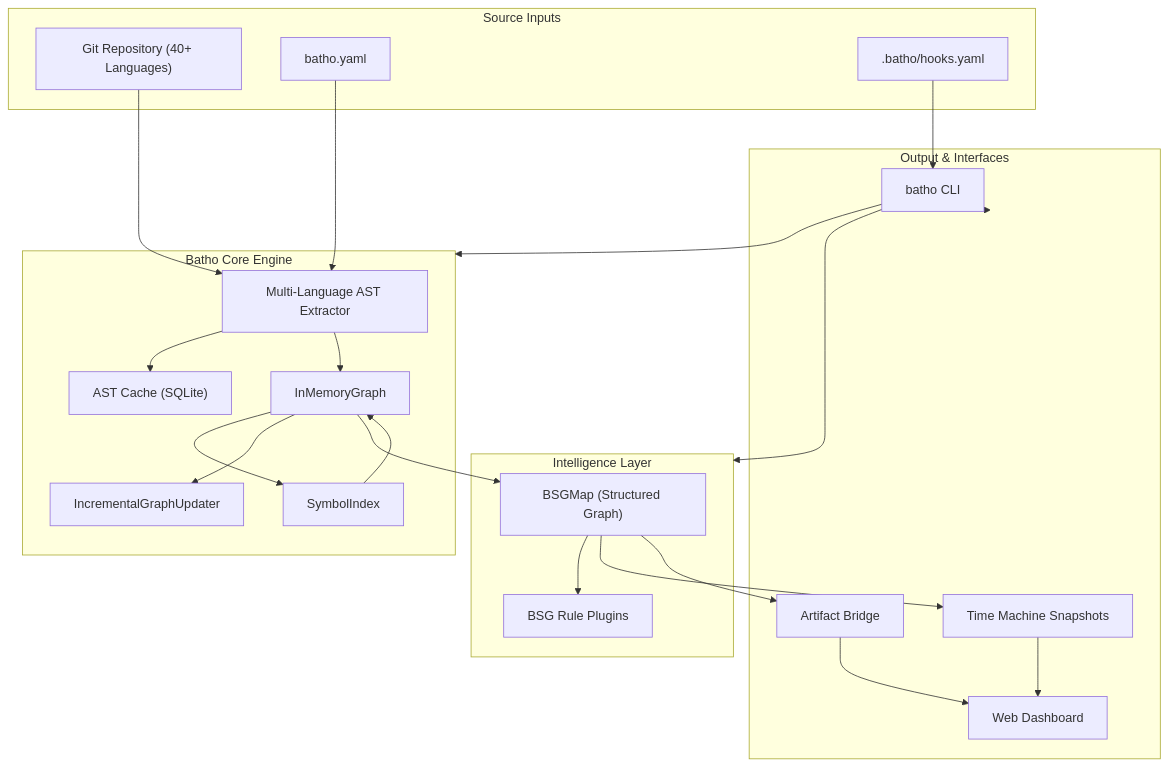
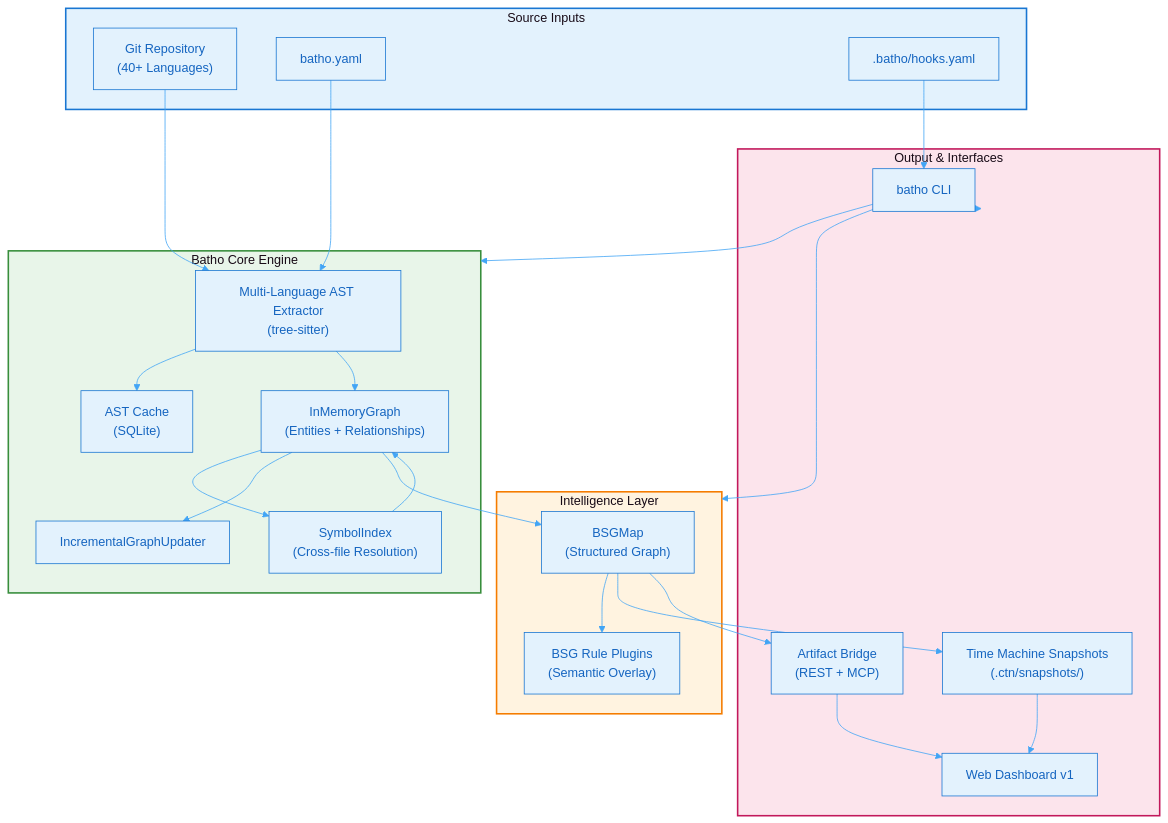
Before and after one commit to sageoz/Batho: the diagram in docs-site/docs/intro.md, drawn with Mermaid. The commit also changed other lines of this file and 6 other files, not shown here.

First line of the commit message:
docs: enhance UI/UX with announcement bar, feature links, styled diagrams, and mobile sidebar polish

````diff
--- a/docs-site/docs/intro.md
+++ b/docs-site/docs/intro.md
@@ -33,46 +33,52 @@
 ```mermaid
+%%{init: {'theme': 'base', 'themeVariables': { 'primaryColor': '#e3f2fd', 'primaryTextColor': '#1565c0', 'primaryBorderColor': '#1976d2', 'lineColor': '#42a5f5', 'secondaryColor': '#f3e5f5', 'tertiaryColor': '#e8f5e9'}}}%%
 flowchart TB
     subgraph Sources["Source Inputs"]
-        Repo["Git Repository (40+ Languages)"]
+        Repo["Git Repository<br/>(40+ Languages)"]
         Config["batho.yaml"]
         Hooks[".batho/hooks.yaml"]
     end
 
     subgraph Core["Batho Core Engine"]
-        Extractor["Multi-Language AST Extractor"]
-        Graph["InMemoryGraph"]
-        Cache["AST Cache (SQLite)"]
-        SymbolIndex["SymbolIndex"]
+        Extractor["Multi-Language AST Extractor<br/>(tree-sitter)"]
+        Graph["InMemoryGraph<br/>(Entities + Relationships)"]
+        Cache["AST Cache<br/>(SQLite)"]
+        SymbolIndex["SymbolIndex<br/>(Cross-file Resolution)"]
         Incremental["IncrementalGraphUpdater"]
     end
 
     subgraph Intelligence["Intelligence Layer"]
-        BSG["BSGMap (Structured Graph)"]
-        Rules["BSG Rule Plugins"]
+        BSG["BSGMap<br/>(Structured Graph)"]
+        Rules["BSG Rule Plugins<br/>(Semantic Overlay)"]
     end
 
     subgraph Output["Output & Interfaces"]
-        Snapshots["Time Machine Snapshots"]
-        Dashboard["Web Dashboard"]
-        Bridge["Artifact Bridge"]
+        Snapshots["Time Machine Snapshots<br/>(.ctn/snapshots/)"]
+        Dashboard["Web Dashboard v1"]
+        Bridge["Artifact Bridge<br/>(REST + MCP)"]
         CLI["batho CLI"]
     end
 
     Repo --> Extractor
     Config --> Extractor
     Extractor --> Cache
     Extractor --> Graph
     Graph --> SymbolIndex
     SymbolIndex --> Graph
     Graph --> Incremental
     Graph --> BSG
     BSG --> Rules
     BSG --> Snapshots
     Snapshots --> Dashboard
     BSG --> Bridge
     Bridge --> Dashboard
     CLI --> Core
     CLI --> Intelligence
     CLI --> Output
     Hooks --> CLI
+
+    style Sources fill:#e3f2fd,stroke:#1976d2,stroke-width:2px
+    style Core fill:#e8f5e9,stroke:#388e3c,stroke-width:2px
+    style Intelligence fill:#fff3e0,stroke:#f57c00,stroke-width:2px
+    style Output fill:#fce4ec,stroke:#c2185b,stroke-width:2px
 ```
````
